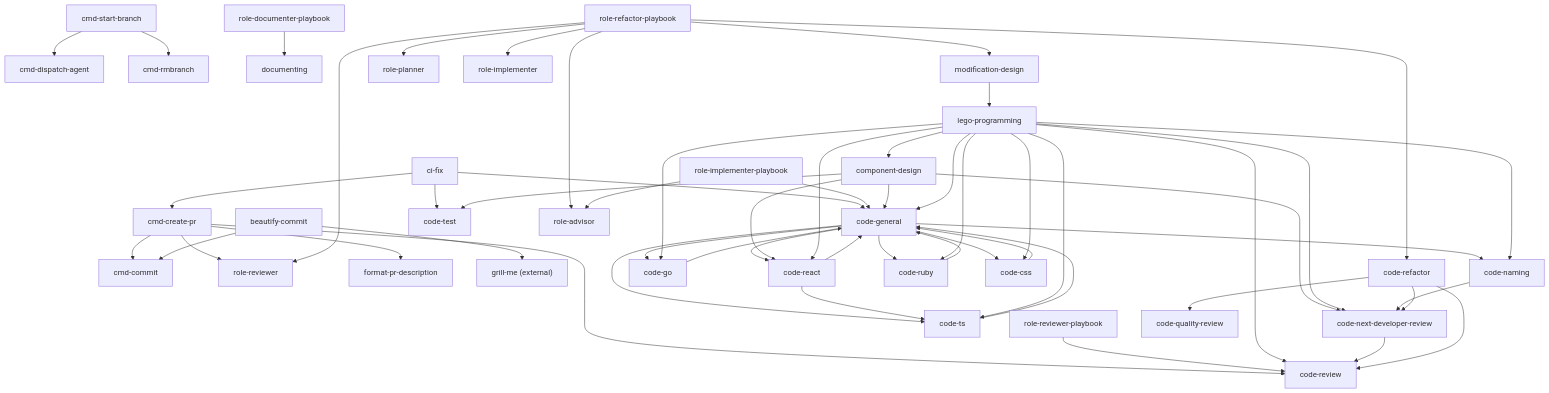
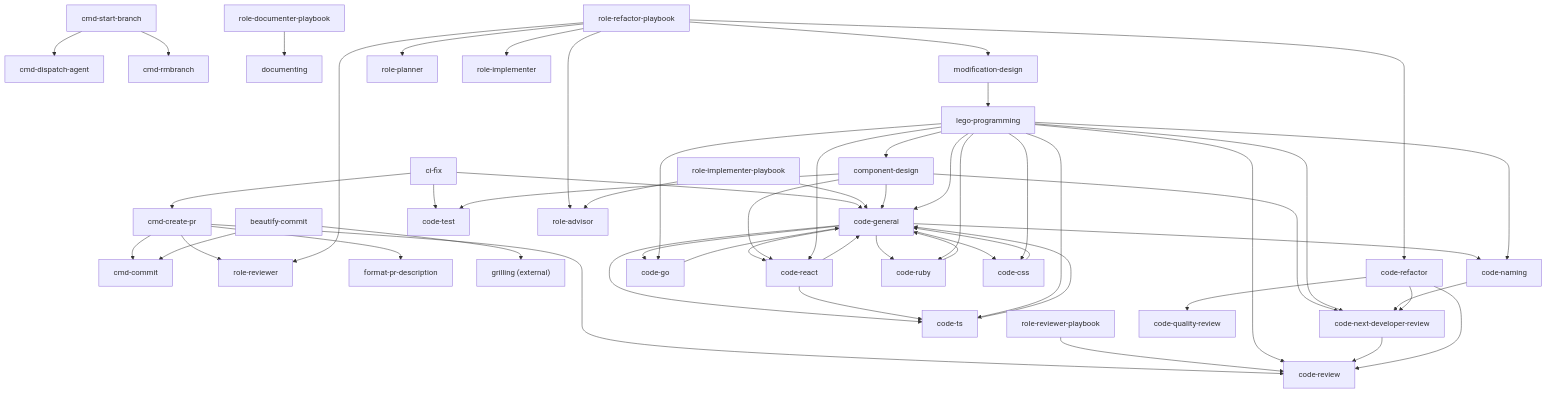
The diagram in docs/skill-dependency-map.md (version-1/agents-docs), drawn with Mermaid before and after one commit. The commit also changed other lines of this file and 9 other files, not shown here.

````diff
--- a/docs/skill-dependency-map.md
+++ b/docs/skill-dependency-map.md
@@ -177,67 +177,67 @@
 ```mermaid
 graph TD
     cmd_create_pr["cmd-create-pr"] --> cmd_commit["cmd-commit"]
     cmd_create_pr --> role_reviewer["role-reviewer"]
     cmd_create_pr --> code_review["code-review"]
     cmd_create_pr --> format_pr_description["format-pr-description"]
 
     cmd_start_branch["cmd-start-branch"] --> cmd_dispatch_agent["cmd-dispatch-agent"]
     cmd_start_branch --> cmd_rmbranch["cmd-rmbranch"]
 
     beautify_commit["beautify-commit"] --> cmd_commit
-    beautify_commit --> grill_me["grill-me (external)"]
+    beautify_commit --> grilling["grilling (external)"]
 
     ci_fix["ci-fix"] --> code_general
     ci_fix --> code_test["code-test"]
     ci_fix --> cmd_create_pr
 
     role_documenter_playbook["role-documenter-playbook"] --> documenting
     role_reviewer_playbook["role-reviewer-playbook"] --> code_review
     role_refactor_playbook["role-refactor-playbook"] --> code_refactor["code-refactor"]
     role_refactor_playbook["role-refactor-playbook"] --> modification_design["modification-design"]
     role_refactor_playbook --> role_planner["role-planner"]
     role_refactor_playbook --> role_implementer["role-implementer"]
     role_refactor_playbook --> role_reviewer
     role_refactor_playbook --> role_advisor["role-advisor"]
     role_implementer_playbook["role-implementer-playbook"] --> code_general["code-general"]
     role_implementer_playbook --> role_advisor
 
     code_general --> code_naming["code-naming"]
     code_general --> code_go["code-go"]
     code_general --> code_ts["code-ts"]
     code_general --> code_react["code-react"]
     code_general --> code_ruby["code-ruby"]
     code_general --> code_css["code-css"]
     code_go --> code_general
     code_ts --> code_general
     code_react --> code_general
     code_react --> code_ts
     code_ruby --> code_general
     code_css --> code_general
 
     component_design["component-design"] --> code_general
     component_design --> code_react
     component_design --> code_test
     component_design --> code_next_dev["code-next-developer-review"]
 
     lego_programming["lego-programming"] --> code_general
     lego_programming --> code_go
     lego_programming --> code_ts
     lego_programming --> code_react
     lego_programming --> code_ruby
     lego_programming --> code_css
     lego_programming --> component_design
     lego_programming --> code_naming
     lego_programming --> code_review
     lego_programming --> code_next_dev
 
     modification_design["modification-design"] --> lego_programming
 
     code_naming --> code_next_dev
 
     code_next_dev --> code_review
 
     code_refactor["code-refactor"] --> code_quality["code-quality-review"]
     code_refactor --> code_review
     code_refactor --> code_next_dev
 ```
````
